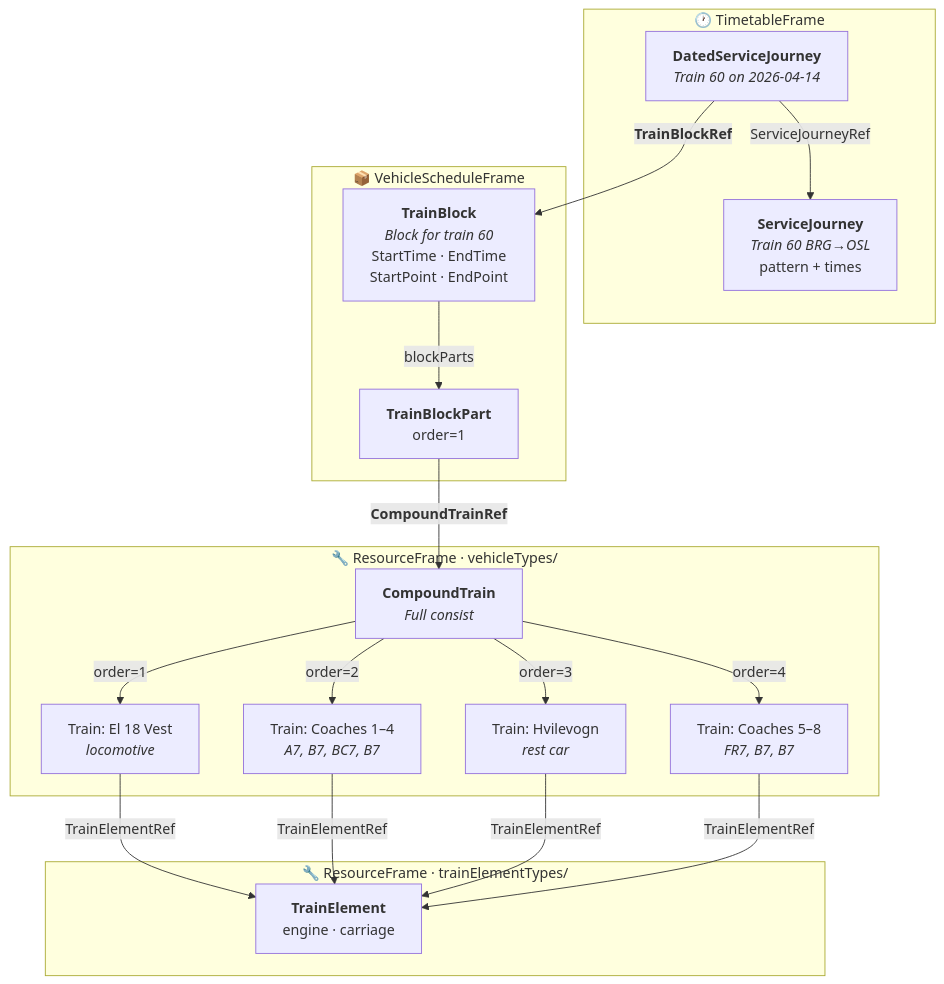
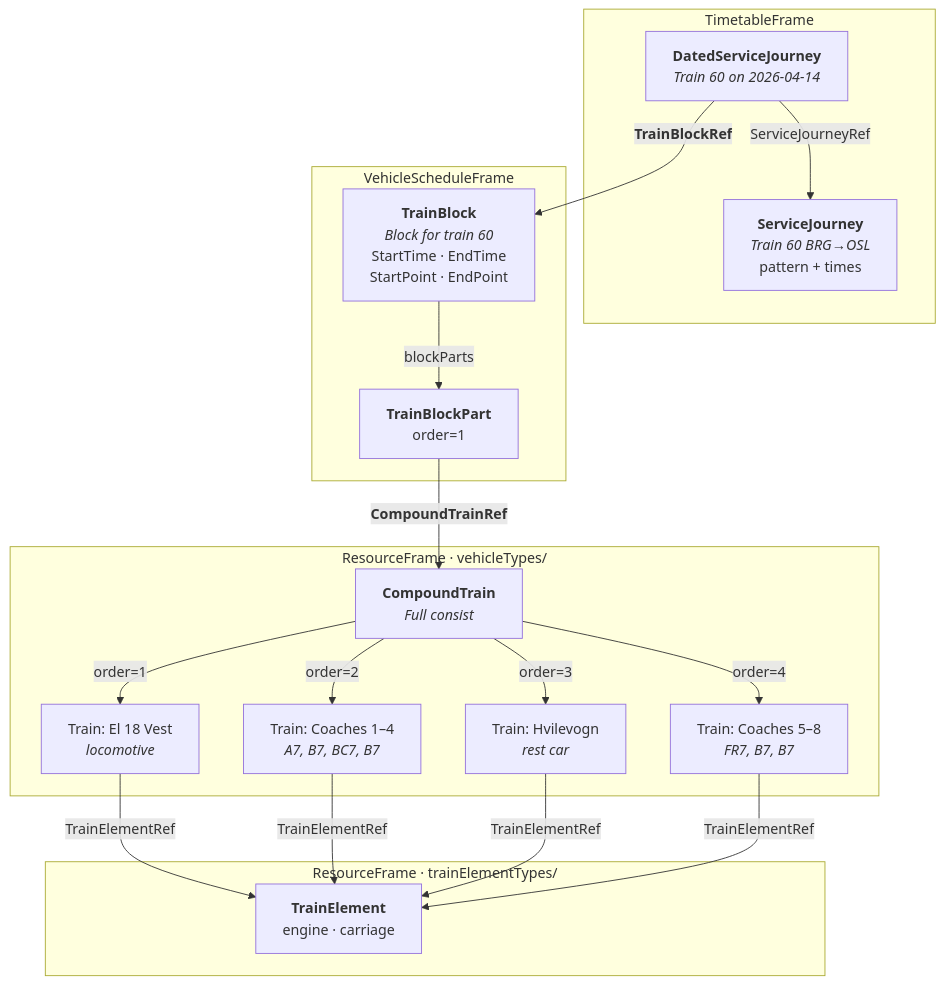
The diagram in guides/RollingStock/RollingStock_Guide.md (entur/nordic-netex-documentation), drawn with Mermaid before and after one commit. The commit also changed other lines of this file and 21 other files, not shown here.

````diff
--- a/guides/RollingStock/RollingStock_Guide.md
+++ b/guides/RollingStock/RollingStock_Guide.md
@@ -28,41 +28,41 @@
 ```mermaid
 graph TD
   %% ── TimetableFrame ──────────────────────────────────────────
-  subgraph TimetableFrame["🕐 TimetableFrame"]
+  subgraph TimetableFrame["TimetableFrame"]
     SJ["<b>ServiceJourney</b><br/><i>Train 60 BRG→OSL</i><br/>pattern + times"]
     DSJ["<b>DatedServiceJourney</b><br/><i>Train 60 on 2026-04-14</i>"]
   end
 
   %% ── VehicleScheduleFrame ────────────────────────────────────
-  subgraph VehicleScheduleFrame["📦 VehicleScheduleFrame"]
+  subgraph VehicleScheduleFrame["VehicleScheduleFrame"]
     TB["<b>TrainBlock</b><br/><i>Block for train 60</i><br/>StartTime · EndTime<br/>StartPoint · EndPoint"]
     TBP["<b>TrainBlockPart</b><br/>order=1"]
   end
 
   %% ── ResourceFrame ──────────────────────────────────────────
-  subgraph ResourceFrame["🔧 ResourceFrame · vehicleTypes/"]
+  subgraph ResourceFrame["ResourceFrame · vehicleTypes/"]
     CT["<b>CompoundTrain</b><br/><i>Full consist</i>"]
     T1["Train: El 18 Vest<br/><i>locomotive</i>"]
     T2["Train: Coaches 1–4<br/><i>A7, B7, BC7, B7</i>"]
     T3["Train: Hvilevogn<br/><i>rest car</i>"]
     T4["Train: Coaches 5–8<br/><i>FR7, B7, B7</i>"]
   end
 
-  subgraph TrainElementTypes["🔧 ResourceFrame · trainElementTypes/"]
+  subgraph TrainElementTypes["ResourceFrame · trainElementTypes/"]
     TE["<b>TrainElement</b><br/>engine · carriage"]
   end
 
   %% ── Links ──────────────────────────────────────────────────
   DSJ -->|ServiceJourneyRef| SJ
   DSJ -->|"<b>TrainBlockRef</b>"| TB
   TB -->|blockParts| TBP
   TBP -->|"<b>CompoundTrainRef</b>"| CT
   CT -->|"order=1"| T1
   CT -->|"order=2"| T2
   CT -->|"order=3"| T3
   CT -->|"order=4"| T4
   T1 -->|TrainElementRef| TE
   T2 -->|TrainElementRef| TE
   T3 -->|TrainElementRef| TE
   T4 -->|TrainElementRef| TE
 ```
````
